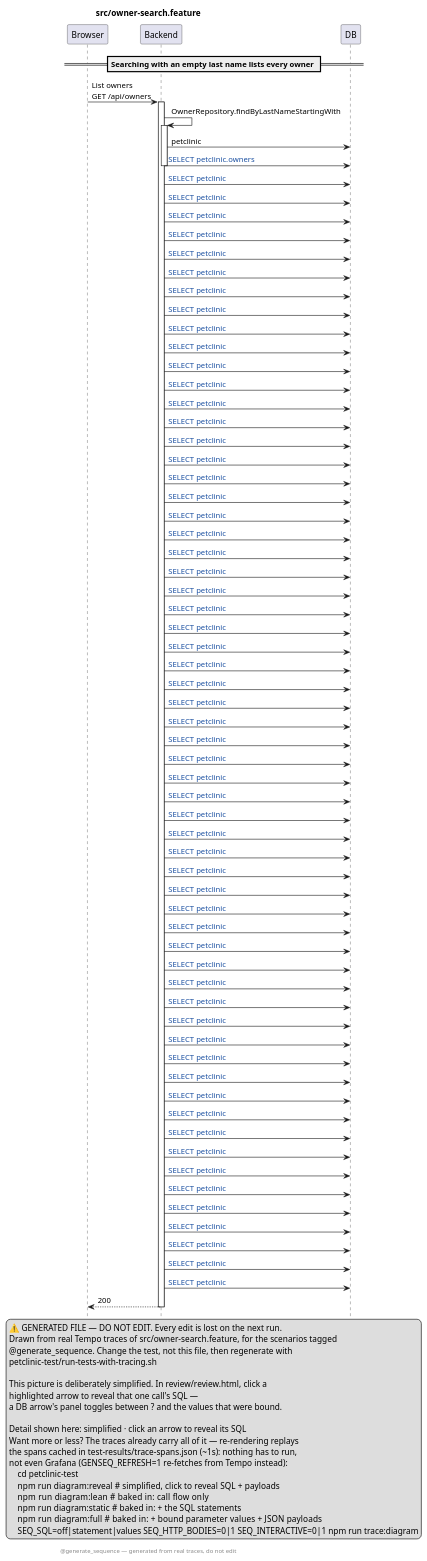
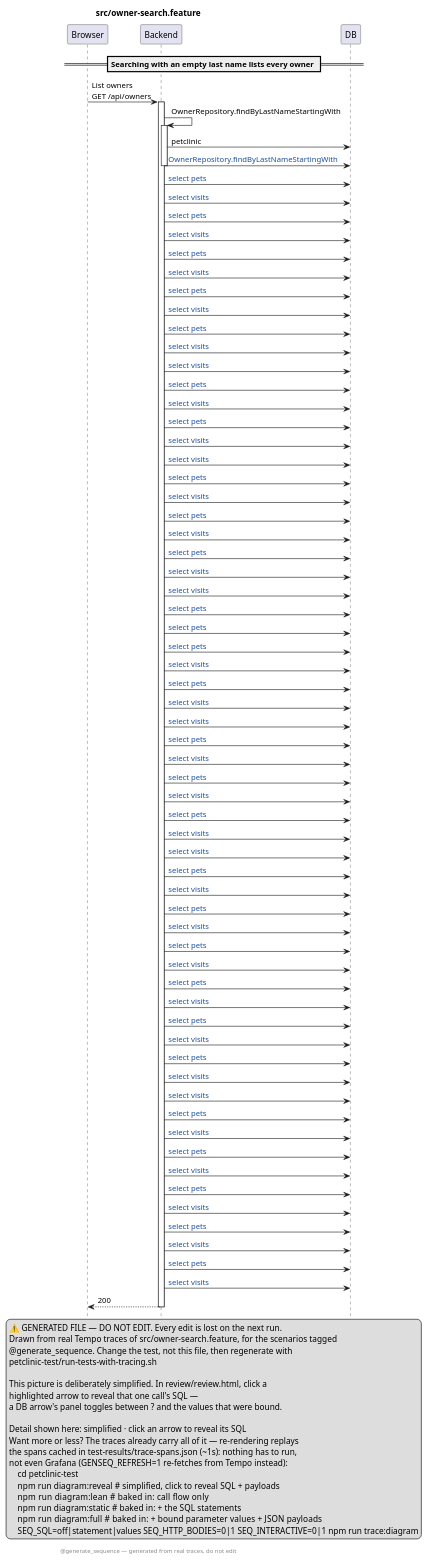
One commit to victorrentea/petclinic changed the diagram in petclinic-test/src/owner-search.feature.genseq.puml. Above: the diagram before and after it, drawn with PlantUML. The commit also changed 11 other files, not shown here.

```diff
--- a/petclinic-test/src/owner-search.feature.genseq.puml
+++ b/petclinic-test/src/owner-search.feature.genseq.puml
@@ -1,102 +1,102 @@
 @startuml
 ' ⚠️  GENERATED FILE — DO NOT EDIT. Every edit is lost on the next run.
 hide footbox
 skinparam hyperlinkUnderline false
 skinparam hyperlinkColor #1A4FA0
 title src/owner-search.feature
 legend right
   ⚠️  GENERATED FILE — DO NOT EDIT. Every edit is lost on the next run.
   Drawn from real Tempo traces of src/owner-search.feature, for the scenarios tagged
   @generate_sequence. Change the test, not this file, then regenerate with
   petclinic-test/run-tests-with-tracing.sh
  
   This picture is deliberately simplified. In review/review.html, click a
   highlighted arrow to reveal that one call's SQL —
   a DB arrow's panel toggles between ? and the values that were bound.
  
   Detail shown here: simplified · click an arrow to reveal its SQL
   Want more or less? The traces already carry all of it — re-rendering replays
   the spans cached in test-results/trace-spans.json (~1s): nothing has to run,
   not even Grafana (GENSEQ_REFRESH=1 re-fetches from Tempo instead):
       cd petclinic-test
       npm run diagram:reveal  # simplified, click to reveal SQL + payloads
       npm run diagram:lean    # baked in: call flow only
       npm run diagram:static  # baked in: + the SQL statements
       npm run diagram:full    # baked in: + bound parameter values + JSON payloads
       SEQ_SQL=off|statement|values SEQ_HTTP_BODIES=0|1 SEQ_INTERACTIVE=0|1 npm run trace:diagram
 end legend
 footer @generate_sequence — generated from real traces, do not edit
 participant Browser
 participant Backend
 participant DB
 == Searching with an empty last name lists every owner ==
 Browser -> Backend: List owners\nGET /api/owners
 activate Backend
 Backend -> Backend: OwnerRepository.findByLastNameStartingWith
 activate Backend
 Backend -> DB: petclinic
-Backend -> DB: [[genseq://143xe0l{Click for the statement behind this call} SELECT petclinic.owners]]
+Backend -> DB: [[genseq://143xe0l{Click for the statement behind this call} OwnerRepository.findByLastNameStartingWith]]
 deactivate Backend
-Backend -> DB: [[genseq://030w0nk{Click for the statement behind this call} SELECT petclinic]]
-Backend -> DB: [[genseq://0nq1lxs{Click for the statement behind this call} SELECT petclinic]]
-Backend -> DB: [[genseq://12cxbed{Click for the statement behind this call} SELECT petclinic]]
-Backend -> DB: [[genseq://1n22wol{Click for the statement behind this call} SELECT petclinic]]
-Backend -> DB: [[genseq://1lhvte6{Click for the statement behind this call} SELECT petclinic]]
-Backend -> DB: [[genseq://075xcpa{Click for the statement behind this call} SELECT petclinic]]
-Backend -> DB: [[genseq://0ro48t7{Click for the statement behind this call} SELECT petclinic]]
-Backend -> DB: [[genseq://1cd9u3f{Click for the statement behind this call} SELECT petclinic]]
-Backend -> DB: [[genseq://15zzto4{Click for the statement behind this call} SELECT petclinic]]
-Backend -> DB: [[genseq://1o7w4wp{Click for the statement behind this call} SELECT petclinic]]
-Backend -> DB: [[genseq://1qp5eyc{Click for the statement behind this call} SELECT petclinic]]
-Backend -> DB: [[genseq://13iqjmh{Click for the statement behind this call} SELECT petclinic]]
-Backend -> DB: [[genseq://1hzjhsy{Click for the statement behind this call} SELECT petclinic]]
-Backend -> DB: [[genseq://0xadwiq{Click for the statement behind this call} SELECT petclinic]]
-Backend -> DB: [[genseq://060v3d1{Click for the statement behind this call} SELECT petclinic]]
-Backend -> DB: [[genseq://0vcpepb{Click for the statement behind this call} SELECT petclinic]]
-Backend -> DB: [[genseq://0anjtf3{Click for the statement behind this call} SELECT petclinic]]
-Backend -> DB: [[genseq://0yvdxi8{Click for the statement behind this call} SELECT petclinic]]
-Backend -> DB: [[genseq://1a2kb0l{Click for the statement behind this call} SELECT petclinic]]
-Backend -> DB: [[genseq://12hpq13{Click for the statement behind this call} SELECT petclinic]]
-Backend -> DB: [[genseq://03vz36o{Click for the statement behind this call} SELECT petclinic]]
-Backend -> DB: [[genseq://00upuw9{Click for the statement behind this call} SELECT petclinic]]
-Backend -> DB: [[genseq://1parp4q{Click for the statement behind this call} SELECT petclinic]]
-Backend -> DB: [[genseq://07iavpj{Click for the statement behind this call} SELECT petclinic]]
-Backend -> DB: [[genseq://0ubcut6{Click for the statement behind this call} SELECT petclinic]]
-Backend -> DB: [[genseq://14wf2jt{Click for the statement behind this call} SELECT petclinic]]
-Backend -> DB: [[genseq://10175qc{Click for the statement behind this call} SELECT petclinic]]
-Backend -> DB: [[genseq://051sbes{Click for the statement behind this call} SELECT petclinic]]
-Backend -> DB: [[genseq://1nou1nv{Click for the statement behind this call} SELECT petclinic]]
-Backend -> DB: [[genseq://04e6q5a{Click for the statement behind this call} SELECT petclinic]]
-Backend -> DB: [[genseq://0spf7cb{Click for the statement behind this call} SELECT petclinic]]
-Backend -> DB: [[genseq://0o4hxq5{Click for the statement behind this call} SELECT petclinic]]
-Backend -> DB: [[genseq://18fvxsu{Click for the statement behind this call} SELECT petclinic]]
-Backend -> DB: [[genseq://0bzx4uw{Click for the statement behind this call} SELECT petclinic]]
-Backend -> DB: [[genseq://1s675dp{Click for the statement behind this call} SELECT petclinic]]
-Backend -> DB: [[genseq://13f0bxw{Click for the statement behind this call} SELECT petclinic]]
-Backend -> DB: [[genseq://10xr1w9{Click for the statement behind this call} SELECT petclinic]]
-Backend -> DB: [[genseq://1g1mcig{Click for the statement behind this call} SELECT petclinic]]
-Backend -> DB: [[genseq://1iwwbny{Click for the statement behind this call} SELECT petclinic]]
-Backend -> DB: [[genseq://08flhmc{Click for the statement behind this call} SELECT petclinic]]
-Backend -> DB: [[genseq://0p34r2z{Click for the statement behind this call} SELECT petclinic]]
-Backend -> DB: [[genseq://05yc7kp{Click for the statement behind this call} SELECT petclinic]]
-Backend -> DB: [[genseq://00fwixc{Click for the statement behind this call} SELECT petclinic]]
-Backend -> DB: [[genseq://0nxhhce{Click for the statement behind this call} SELECT petclinic]]
-Backend -> DB: [[genseq://0zrxto5{Click for the statement behind this call} SELECT petclinic]]
-Backend -> DB: [[genseq://1t4tyqj{Click for the statement behind this call} SELECT petclinic]]
-Backend -> DB: [[genseq://0qp2eju{Click for the statement behind this call} SELECT petclinic]]
-Backend -> DB: [[genseq://14hlqkw{Click for the statement behind this call} SELECT petclinic]]
-Backend -> DB: [[genseq://1sjcrsc{Click for the statement behind this call} SELECT petclinic]]
-Backend -> DB: [[genseq://0u99zjr{Click for the statement behind this call} SELECT petclinic]]
-Backend -> DB: [[genseq://04sizcl{Click for the statement behind this call} SELECT petclinic]]
-Backend -> DB: [[genseq://0so4c5t{Click for the statement behind this call} SELECT petclinic]]
-Backend -> DB: [[genseq://1uqrm7e{Click for the statement behind this call} SELECT petclinic]]
-Backend -> DB: [[genseq://1ufhslr{Click for the statement behind this call} SELECT petclinic]]
-Backend -> DB: [[genseq://1yaz77b{Click for the statement behind this call} SELECT petclinic]]
-Backend -> DB: [[genseq://0p1zmte{Click for the statement behind this call} SELECT petclinic]]
-Backend -> DB: [[genseq://0xjxxgs{Click for the statement behind this call} SELECT petclinic]]
-Backend -> DB: [[genseq://07ldlu5{Click for the statement behind this call} SELECT petclinic]]
-Backend -> DB: [[genseq://0wu9h9z{Click for the statement behind this call} SELECT petclinic]]
-Backend -> DB: [[genseq://1hjf2k7{Click for the statement behind this call} SELECT petclinic]]
+Backend -> DB: [[genseq://030w0nk{Click for the statement behind this call} select pets]]
+Backend -> DB: [[genseq://0nq1lxs{Click for the statement behind this call} select visits]]
+Backend -> DB: [[genseq://12cxbed{Click for the statement behind this call} select pets]]
+Backend -> DB: [[genseq://1n22wol{Click for the statement behind this call} select visits]]
+Backend -> DB: [[genseq://1lhvte6{Click for the statement behind this call} select pets]]
+Backend -> DB: [[genseq://075xcpa{Click for the statement behind this call} select visits]]
+Backend -> DB: [[genseq://0ro48t7{Click for the statement behind this call} select pets]]
+Backend -> DB: [[genseq://1cd9u3f{Click for the statement behind this call} select visits]]
+Backend -> DB: [[genseq://15zzto4{Click for the statement behind this call} select pets]]
+Backend -> DB: [[genseq://1o7w4wp{Click for the statement behind this call} select visits]]
+Backend -> DB: [[genseq://1qp5eyc{Click for the statement behind this call} select visits]]
+Backend -> DB: [[genseq://13iqjmh{Click for the statement behind this call} select pets]]
+Backend -> DB: [[genseq://1hzjhsy{Click for the statement behind this call} select visits]]
+Backend -> DB: [[genseq://0xadwiq{Click for the statement behind this call} select pets]]
+Backend -> DB: [[genseq://060v3d1{Click for the statement behind this call} select visits]]
+Backend -> DB: [[genseq://0vcpepb{Click for the statement behind this call} select visits]]
+Backend -> DB: [[genseq://0anjtf3{Click for the statement behind this call} select pets]]
+Backend -> DB: [[genseq://0yvdxi8{Click for the statement behind this call} select visits]]
+Backend -> DB: [[genseq://1a2kb0l{Click for the statement behind this call} select pets]]
+Backend -> DB: [[genseq://12hpq13{Click for the statement behind this call} select visits]]
+Backend -> DB: [[genseq://03vz36o{Click for the statement behind this call} select pets]]
+Backend -> DB: [[genseq://00upuw9{Click for the statement behind this call} select visits]]
+Backend -> DB: [[genseq://1parp4q{Click for the statement behind this call} select visits]]
+Backend -> DB: [[genseq://07iavpj{Click for the statement behind this call} select pets]]
+Backend -> DB: [[genseq://0ubcut6{Click for the statement behind this call} select pets]]
+Backend -> DB: [[genseq://14wf2jt{Click for the statement behind this call} select pets]]
+Backend -> DB: [[genseq://10175qc{Click for the statement behind this call} select visits]]
+Backend -> DB: [[genseq://051sbes{Click for the statement behind this call} select pets]]
+Backend -> DB: [[genseq://1nou1nv{Click for the statement behind this call} select visits]]
+Backend -> DB: [[genseq://04e6q5a{Click for the statement behind this call} select visits]]
+Backend -> DB: [[genseq://0spf7cb{Click for the statement behind this call} select pets]]
+Backend -> DB: [[genseq://0o4hxq5{Click for the statement behind this call} select visits]]
+Backend -> DB: [[genseq://18fvxsu{Click for the statement behind this call} select pets]]
+Backend -> DB: [[genseq://0bzx4uw{Click for the statement behind this call} select visits]]
+Backend -> DB: [[genseq://1s675dp{Click for the statement behind this call} select pets]]
+Backend -> DB: [[genseq://13f0bxw{Click for the statement behind this call} select visits]]
+Backend -> DB: [[genseq://10xr1w9{Click for the statement behind this call} select visits]]
+Backend -> DB: [[genseq://1g1mcig{Click for the statement behind this call} select pets]]
+Backend -> DB: [[genseq://1iwwbny{Click for the statement behind this call} select visits]]
+Backend -> DB: [[genseq://08flhmc{Click for the statement behind this call} select pets]]
+Backend -> DB: [[genseq://0p34r2z{Click for the statement behind this call} select visits]]
+Backend -> DB: [[genseq://05yc7kp{Click for the statement behind this call} select pets]]
+Backend -> DB: [[genseq://00fwixc{Click for the statement behind this call} select visits]]
+Backend -> DB: [[genseq://0nxhhce{Click for the statement behind this call} select pets]]
+Backend -> DB: [[genseq://0zrxto5{Click for the statement behind this call} select visits]]
+Backend -> DB: [[genseq://1t4tyqj{Click for the statement behind this call} select pets]]
+Backend -> DB: [[genseq://0qp2eju{Click for the statement behind this call} select visits]]
+Backend -> DB: [[genseq://14hlqkw{Click for the statement behind this call} select pets]]
+Backend -> DB: [[genseq://1sjcrsc{Click for the statement behind this call} select visits]]
+Backend -> DB: [[genseq://0u99zjr{Click for the statement behind this call} select visits]]
+Backend -> DB: [[genseq://04sizcl{Click for the statement behind this call} select pets]]
+Backend -> DB: [[genseq://0so4c5t{Click for the statement behind this call} select visits]]
+Backend -> DB: [[genseq://1uqrm7e{Click for the statement behind this call} select pets]]
+Backend -> DB: [[genseq://1ufhslr{Click for the statement behind this call} select visits]]
+Backend -> DB: [[genseq://1yaz77b{Click for the statement behind this call} select pets]]
+Backend -> DB: [[genseq://0p1zmte{Click for the statement behind this call} select visits]]
+Backend -> DB: [[genseq://0xjxxgs{Click for the statement behind this call} select pets]]
+Backend -> DB: [[genseq://07ldlu5{Click for the statement behind this call} select visits]]
+Backend -> DB: [[genseq://0wu9h9z{Click for the statement behind this call} select pets]]
+Backend -> DB: [[genseq://1hjf2k7{Click for the statement behind this call} select visits]]
 Backend --> Browser: 200
 deactivate Backend
 @enduml
```
